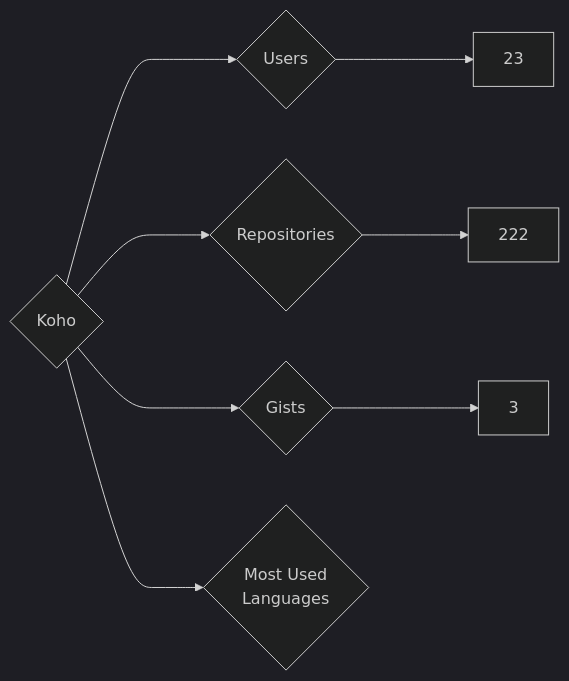
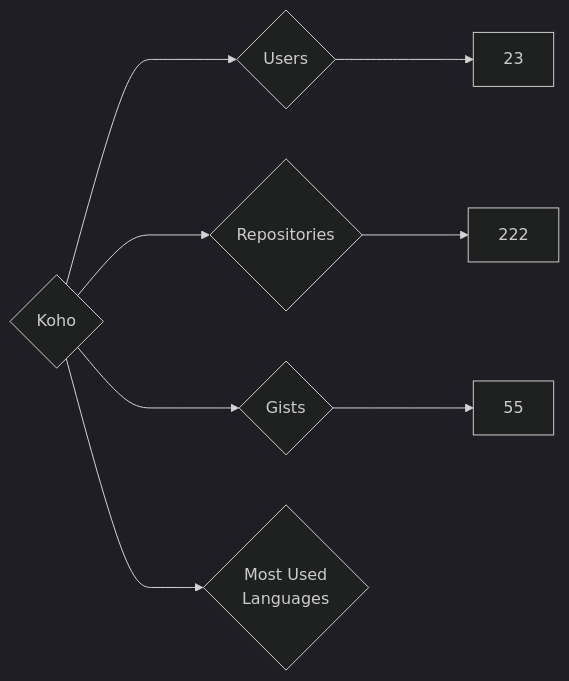
Before and after one commit to nenadzaric/insiders: the diagram in targets/Koho/README.md, drawn with Mermaid (dark theme). The commit also changed 1342 other files, not shown here.

````diff
--- a/targets/Koho/README.md
+++ b/targets/Koho/README.md
@@ -3,8 +3,8 @@
 ```mermaid
 graph LR
 COMPANY_NAME{Koho}
 COMPANY_NAME ---> U{Users} ---> UN[23]
 COMPANY_NAME ---> R{Repositories} ---> RN[222]
-COMPANY_NAME ---> G{Gists} ---> GN[3]
+COMPANY_NAME ---> G{Gists} ---> GN[55]
 COMPANY_NAME ---> ML{Most Used<br>Languages}
 ```
````
